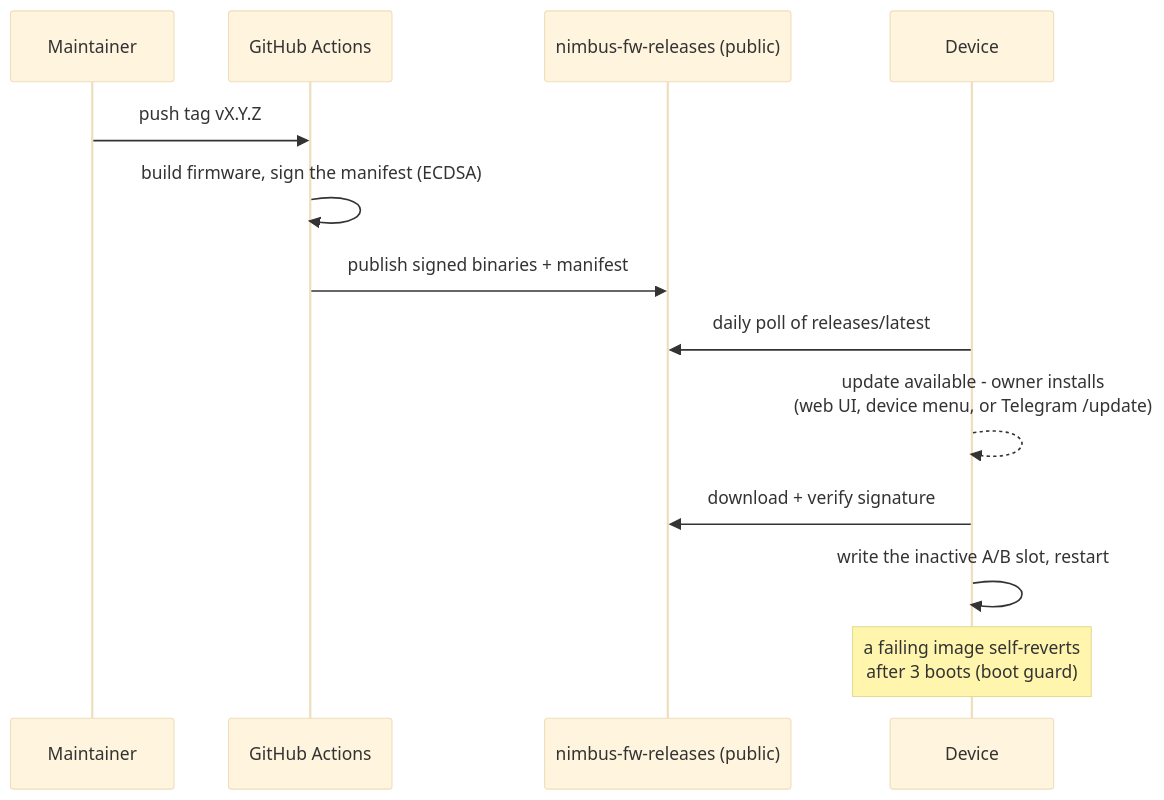
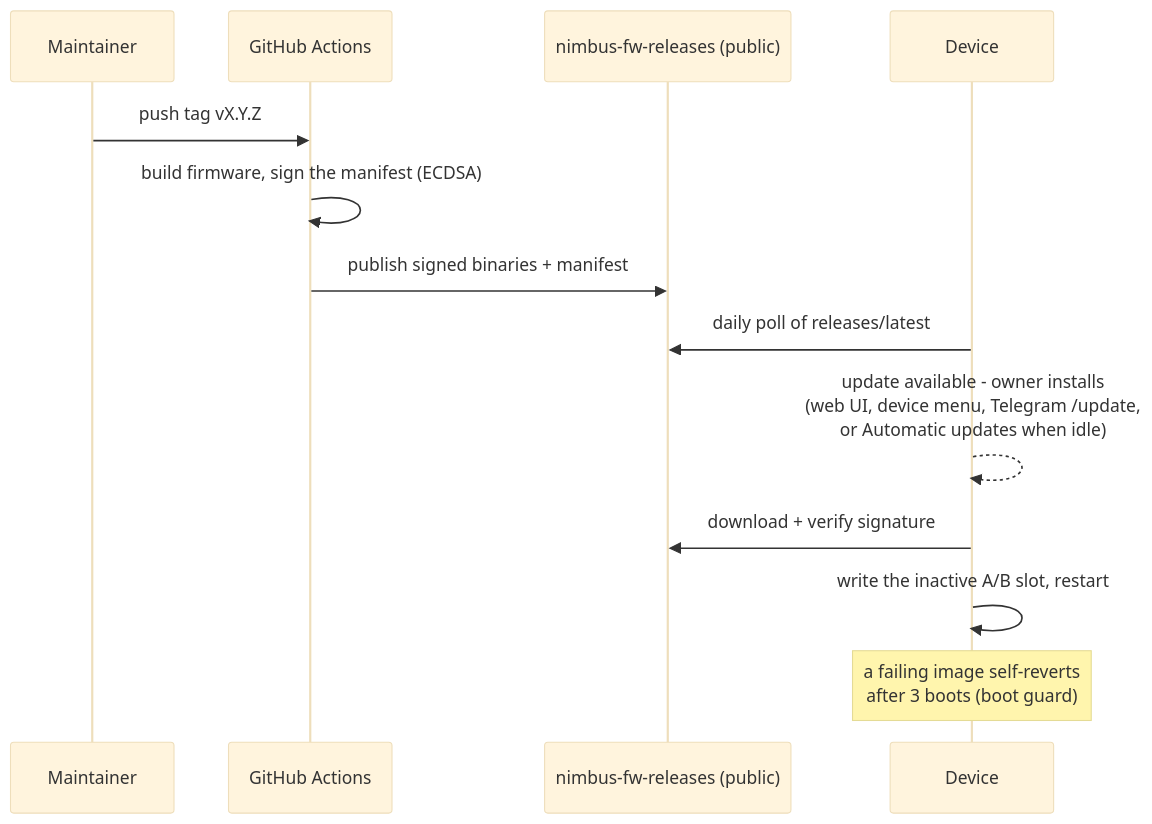
The third of 3 diagrams in docs/architecture.md (ristllin/Nimbus), drawn with Mermaid (base theme) before and after one commit. The commit also changed other lines of this file and 8 other files, not shown here.

````diff
--- a/docs/architecture.md
+++ b/docs/architecture.md
@@ -152,16 +161,16 @@
 ```mermaid
 sequenceDiagram
   participant Dev as Maintainer
   participant CI as GitHub Actions
   participant Rel as nimbus-fw-releases (public)
   participant Nim as Device
 
   Dev->>CI: push tag vX.Y.Z
   CI->>CI: build firmware, sign the manifest (ECDSA)
   CI->>Rel: publish signed binaries + manifest
   Nim->>Rel: daily poll of releases/latest
-  Nim-->>Nim: update available - owner installs<br/>(web UI, device menu, or Telegram /update)
+  Nim-->>Nim: update available - owner installs<br/>(web UI, device menu, Telegram /update,<br/>or Automatic updates when idle)
   Nim->>Rel: download + verify signature
   Nim->>Nim: write the inactive A/B slot, restart
   Note over Nim: a failing image self-reverts<br/>after 3 boots (boot guard)
 ```
````
